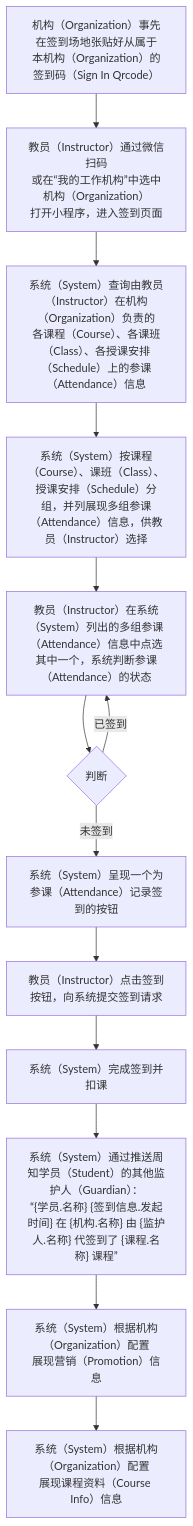
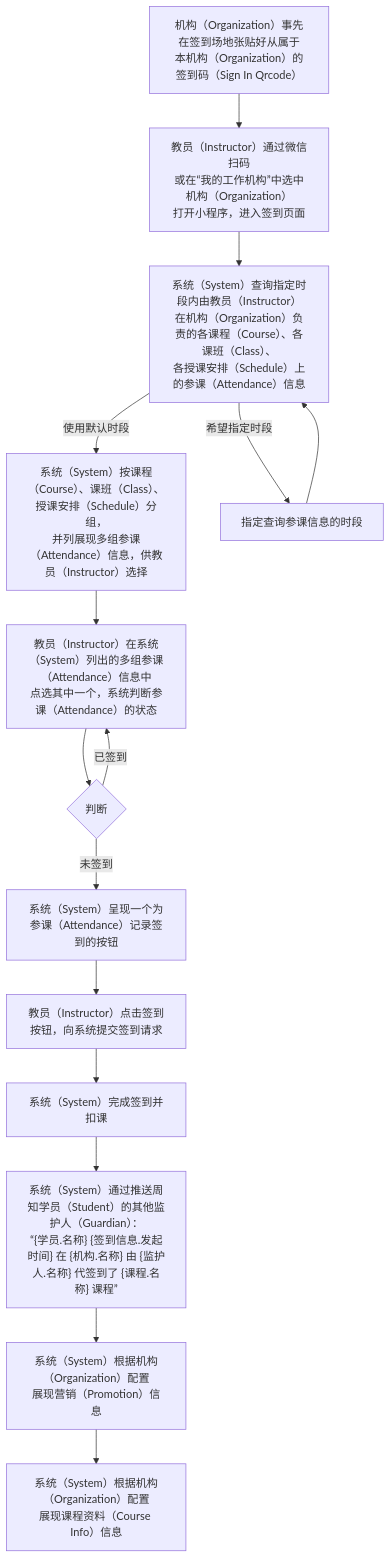
Before and after one commit to world-wide-web/sign: the third of 3 diagrams in 用例/签到.md, drawn with Mermaid. The commit also changed other lines of this file, not shown here.

Commit message:
用例/签到.md updated from https://stackedit.io/

````diff
--- a/用例/签到.md
+++ b/用例/签到.md
@@ -81,27 +79,44 @@
 ```mermaid
 graph TD
-A["<center>机构（Organization）事先在签到场地张贴好从属于<br>本机构（Organization）的签到码（Sign In Qrcode）</center>"]
-B["<center>教员（Instructor）通过微信扫码<br>或在“我的工作机构”中选中机构（Organization）<br>打开小程序，进入签到页面</center>"]
-C["<center>系统（System）查询由教员（Instructor）在机构（Organization）负责的<br>各课程（Course）、各课班（Class）、各授课安排（Schedule）上的参课（Attendance）信息"]
-D["<center>系统（System）按课程（Course）、课班（Class）、授课安排（Schedule）分组，并列展现多组参课（Attendance）信息，供教员（Instructor）选择</center>"]
-E["<center>教员（Instructor）在系统（System）列出的多组参课（Attendance）信息中点选其中一个，系统判断参课（Attendance）的状态</center>"]
-F{"<center>判断</center>"}
-G["<center>系统（System）呈现一个为参课（Attendance）记录签到的按钮</center>"]
-H["<center>教员（Instructor）点击签到按钮，向系统提交签到请求</center>"]
-I["<center>系统（System）完成签到并扣课</center>"]
-J["<center>系统（System）通过推送周知学员（Student）的其他监护人（Guardian）：<br>“{学员.名称} {签到信息.发起时间} 在 {机构.名称} 由 {监护人.名称} 代签到了 {课程.名称} 课程”</center>"]
-K["<center>系统（System）根据机构（Organization）配置<br>展现营销（Promotion）信息</center>"]
-L["<center>系统（System）根据机构（Organization）配置<br>展现课程资料（Course Info）信息</center>"]
-A-->B
-B-->C
-C-->D
-D-->E
-E-->F
-F--已签到-->E
-F--未签到-->G
-G-->H
-H-->I
-I-->J
-J-->K
-K-->L
+
+准备签到码-->扫描签到码
+扫描签到码-->列出负责的授课单元
+列出负责的授课单元--使用默认时段-->展现授课单元下的参课信息
+列出负责的授课单元--希望指定时段-->指定查询参课信息的时段
+指定查询参课信息的时段-->列出负责的授课单元
+展现授课单元下的参课信息-->选择参课信息
+选择参课信息-->判断参课信息
+判断参课信息--已签到-->选择参课信息
+判断参课信息--未签到-->呈现签到按钮
+呈现签到按钮-->提交签到请求
+提交签到请求-->签到扣课
+签到扣课-->周知签到情况
+周知签到情况-->展示营销信息
+展示营销信息-->展示课程资料
+
+准备签到码["<center>机构（Organization）事先在签到场地张贴好从属于<br>本机构（Organization）的签到码（Sign In Qrcode）</center>"]
+
+扫描签到码["<center>教员（Instructor）通过微信扫码<br>或在“我的工作机构”中选中机构（Organization）<br>打开小程序，进入签到页面</center>"]
+
+列出负责的授课单元["<center>系统（System）查询指定时段内由教员（Instructor）<br>在机构（Organization）负责的各课程（Course）、各课班（Class）、<br>各授课安排（Schedule）上的参课（Attendance）信息"]
+
+指定查询参课信息的时段
+
+展现授课单元下的参课信息["<center>系统（System）按课程（Course）、课班（Class）、授课安排（Schedule）分组，<br>并列展现多组参课（Attendance）信息，供教员（Instructor）选择</center>"]
+
+选择参课信息["<center>教员（Instructor）在系统（System）列出的多组参课（Attendance）信息中<br>点选其中一个，系统判断参课（Attendance）的状态</center>"]
+
+判断参课信息{"<center>判断</center>"}
+
+呈现签到按钮["<center>系统（System）呈现一个为参课（Attendance）记录签到的按钮</center>"]
+
+提交签到请求["<center>教员（Instructor）点击签到按钮，向系统提交签到请求</center>"]
+
+签到扣课["<center>系统（System）完成签到并扣课</center>"]
+
+周知签到情况["<center>系统（System）通过推送周知学员（Student）的其他监护人（Guardian）：<br>“{学员.名称} {签到信息.发起时间} 在 {机构.名称} 由 {监护人.名称} 代签到了 {课程.名称} 课程”</center>"]
+
+展示营销信息["<center>系统（System）根据机构（Organization）配置<br>展现营销（Promotion）信息</center>"]
+
+展示课程资料["<center>系统（System）根据机构（Organization）配置<br>展现课程资料（Course Info）信息</center>"]
 ```
````
